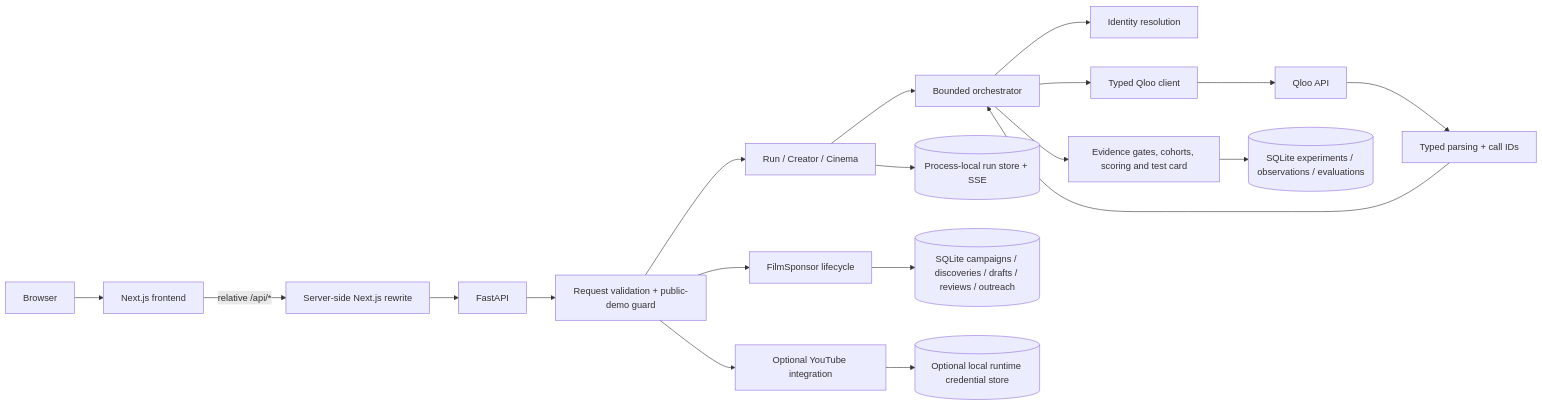
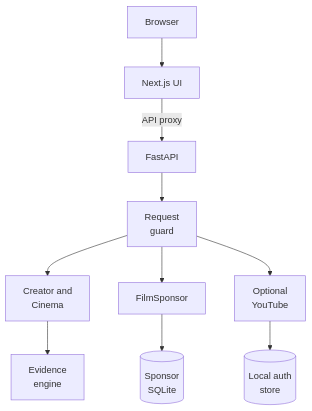
The second of 3 diagrams in README.md (Sohamgaonkhadkar/adjacent-cinema), drawn with Mermaid before and after one commit. The commit also changed other lines of this file, not shown here.

Commit message:
Improve README Mermaid readability and highlight evidence boundaries (#38)

````diff
--- a/README.md
+++ b/README.md
@@ -246,23 +257,12 @@
 ```mermaid
-flowchart LR
-    U["Browser"] --> FE["Next.js frontend"]
-    FE -->|"relative /api/*"| PX["Server-side Next.js rewrite"]
-    PX --> API["FastAPI"]
-    API --> GUARD["Request validation + public-demo guard"]
-    GUARD --> RUN["Run / Creator / Cinema"]
-    GUARD --> FS["FilmSponsor lifecycle"]
-    GUARD --> YT["Optional YouTube integration"]
-
-    RUN --> AG["Bounded orchestrator"]
-    AG --> RES["Identity resolution"]
-    AG --> QC["Typed Qloo client"]
-    QC --> Q["Qloo API"]
-    Q --> PARSE["Typed parsing + call IDs"]
-    PARSE --> AG
-    AG --> DOMAIN["Evidence gates, cohorts, scoring and test card"]
-
-    RUN --> MEM[("Process-local run store + SSE")]
-    DOMAIN --> EXP[("SQLite experiments / observations / evaluations")]
-    FS --> CAM[("SQLite campaigns / discoveries / drafts / reviews / outreach")]
-    YT --> AUTH[("Optional local runtime credential store")]
+flowchart TD
+    U["Browser"] --> FE["Next.js UI"]
+    FE -->|"API proxy"| API["FastAPI"]
+    API --> GUARD["Request<br/>guard"]
+    GUARD --> RUN["Creator and<br/>Cinema"]
+    GUARD --> FS["FilmSponsor"]
+    GUARD --> YT["Optional<br/>YouTube"]
+    RUN --> ENGINE["Evidence<br/>engine"]
+    FS --> CAM[("Sponsor<br/>SQLite")]
+    YT --> AUTH[("Local auth<br/>store")]
 ```
````
